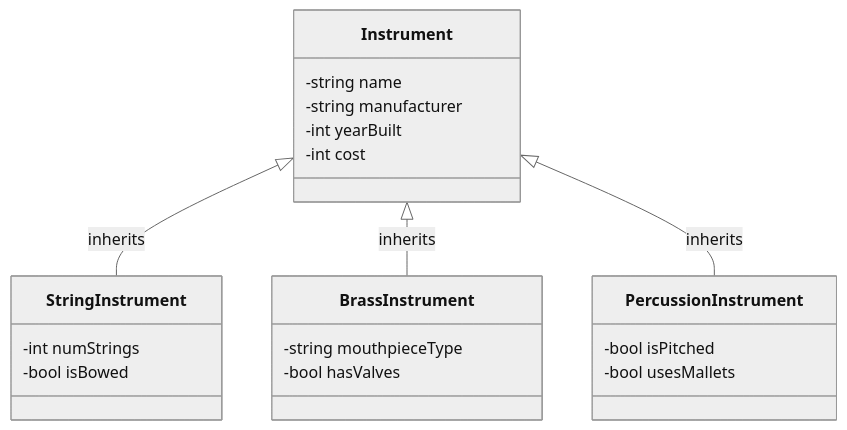
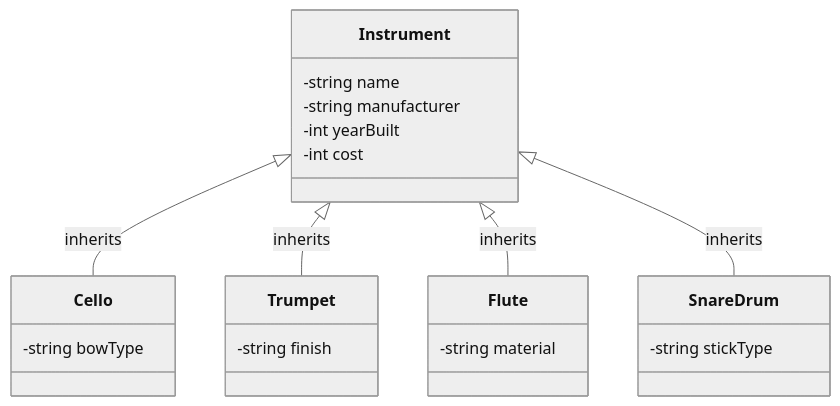
The third of 3 diagrams in notes/20261116/inheritance.md (atkoehler/UIC-CS141-Public), drawn with Mermaid (neutral theme) before and after one commit. The commit also changed other lines of this file and 4 other files, not shown here.

````diff
--- a/notes/20261116/inheritance.md
+++ b/notes/20261116/inheritance.md
@@ -116,24 +116,25 @@
 ```mermaid
 classDiagram
     class Instrument {
         -string name
         -string manufacturer
         -int yearBuilt
         -int cost
     }
-    class StringInstrument {
-        -int numStrings
-        -bool isBowed
+    class Cello {
+        -string bowType
     }
-    class BrassInstrument {
-        -string mouthpieceType
-        -bool hasValves
+    class Trumpet {
+        -string finish
     }
-    class PercussionInstrument {
-        -bool isPitched
-        -bool usesMallets
+    class Flute {
+        -string material
     }
-    Instrument <|-- StringInstrument : inherits
-    Instrument <|-- BrassInstrument : inherits
-    Instrument <|-- PercussionInstrument : inherits
+    class SnareDrum {
+        -string stickType
+    }
+    Instrument <|-- Cello : inherits
+    Instrument <|-- Trumpet : inherits
+    Instrument <|-- Flute : inherits
+    Instrument <|-- SnareDrum : inherits
 ```
````
